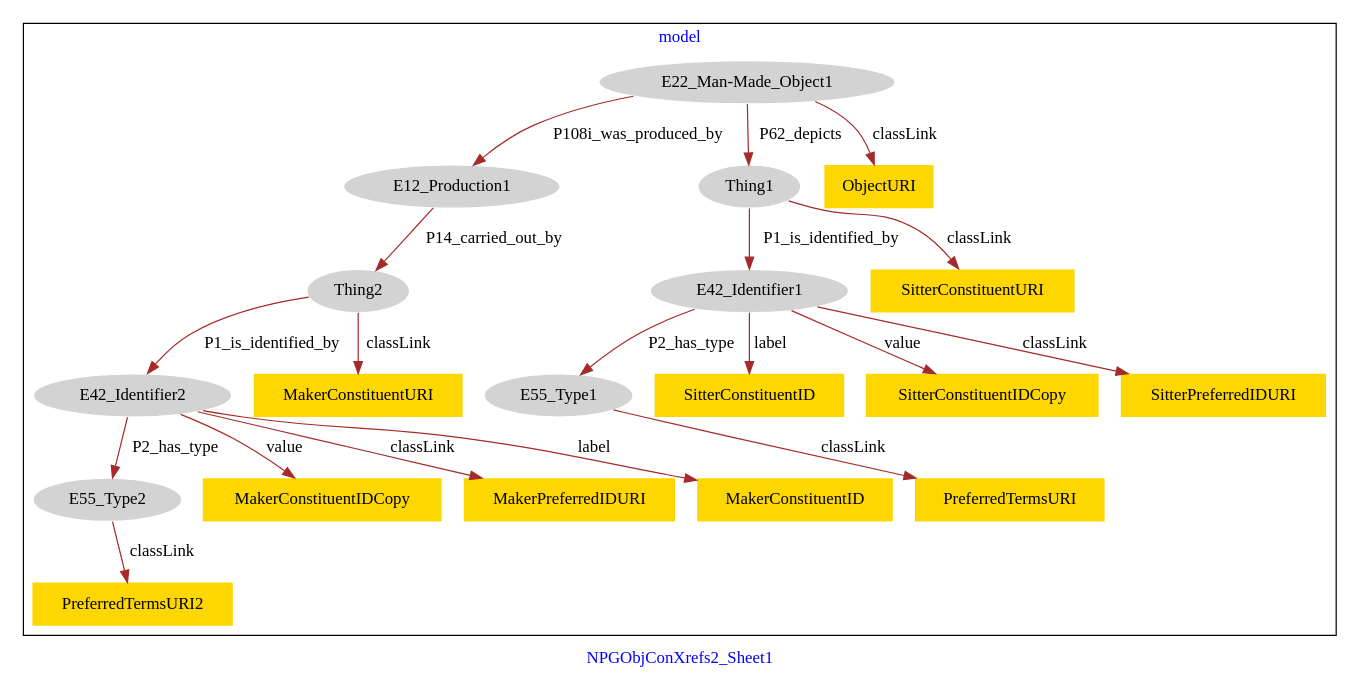
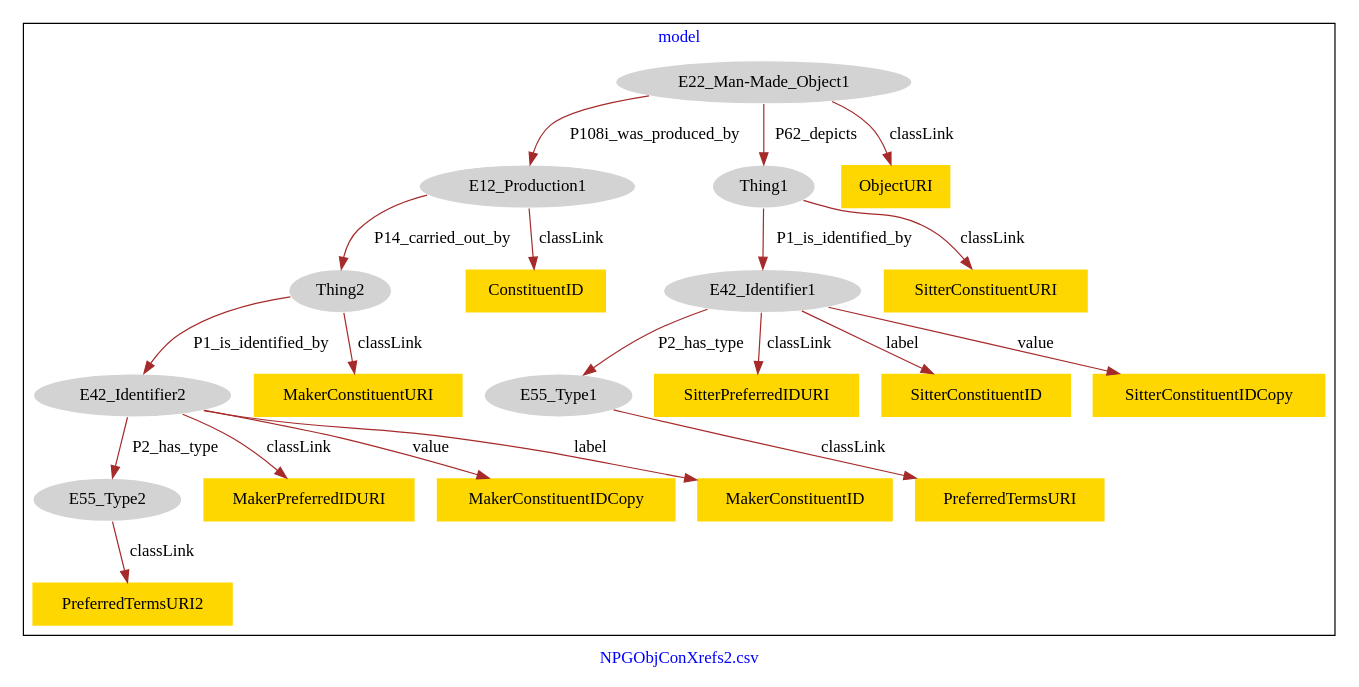
One commit to american-art/npg changed the diagram in NPGObjConXrefs/NPGObjConXrefs2-model.dot. Above: the diagram before and after it, drawn with Graphviz.

Commit message:
Update file NPGObjConXrefs2-model.dot

```diff
--- a/NPGObjConXrefs/NPGObjConXrefs2-model.dot
+++ b/NPGObjConXrefs/NPGObjConXrefs2-model.dot
@@ -1,45 +1,47 @@
 digraph n0 {
 fontcolor="blue"
 remincross="true"
-label="NPGObjConXrefs2_Sheet1"
+label="NPGObjConXrefs2.csv"
 subgraph cluster {
 label="model"
 n2[style="filled",color="white",fillcolor="lightgray",label="E12_Production1"];
 n3[style="filled",color="white",fillcolor="lightgray",label="Thing2"];
 n4[style="filled",color="white",fillcolor="lightgray",label="E22_Man-Made_Object1"];
 n5[style="filled",color="white",fillcolor="lightgray",label="Thing1"];
 n6[style="filled",color="white",fillcolor="lightgray",label="E42_Identifier1"];
 n7[style="filled",color="white",fillcolor="lightgray",label="E55_Type1"];
 n8[style="filled",color="white",fillcolor="lightgray",label="E42_Identifier2"];
 n9[style="filled",color="white",fillcolor="lightgray",label="E55_Type2"];
-n10[shape="plaintext",style="filled",fillcolor="gold",label="MakerConstituentIDCopy"];
-n11[shape="plaintext",style="filled",fillcolor="gold",label="PreferredTermsURI"];
-n12[shape="plaintext",style="filled",fillcolor="gold",label="SitterConstituentID"];
-n13[shape="plaintext",style="filled",fillcolor="gold",label="MakerConstituentURI"];
-n14[shape="plaintext",style="filled",fillcolor="gold",label="MakerPreferredIDURI"];
-n15[shape="plaintext",style="filled",fillcolor="gold",label="ObjectURI"];
-n16[shape="plaintext",style="filled",fillcolor="gold",label="SitterConstituentIDCopy"];
-n17[shape="plaintext",style="filled",fillcolor="gold",label="MakerConstituentID"];
-n18[shape="plaintext",style="filled",fillcolor="gold",label="PreferredTermsURI2"];
-n19[shape="plaintext",style="filled",fillcolor="gold",label="SitterConstituentURI"];
-n20[shape="plaintext",style="filled",fillcolor="gold",label="SitterPreferredIDURI"];
+n10[shape="plaintext",style="filled",fillcolor="gold",label="PreferredTermsURI2"];
+n11[shape="plaintext",style="filled",fillcolor="gold",label="MakerConstituentURI"];
+n12[shape="plaintext",style="filled",fillcolor="gold",label="PreferredTermsURI"];
+n13[shape="plaintext",style="filled",fillcolor="gold",label="ObjectURI"];
+n14[shape="plaintext",style="filled",fillcolor="gold",label="SitterConstituentURI"];
+n15[shape="plaintext",style="filled",fillcolor="gold",label="MakerPreferredIDURI"];
+n16[shape="plaintext",style="filled",fillcolor="gold",label="SitterPreferredIDURI"];
+n17[shape="plaintext",style="filled",fillcolor="gold",label="SitterConstituentID"];
+n18[shape="plaintext",style="filled",fillcolor="gold",label="MakerConstituentIDCopy"];
+n19[shape="plaintext",style="filled",fillcolor="gold",label="SitterConstituentIDCopy"];
+n20[shape="plaintext",style="filled",fillcolor="gold",label="ConstituentID"];
+n21[shape="plaintext",style="filled",fillcolor="gold",label="MakerConstituentID"];
 }
 n2 -> n3[color="brown",fontcolor="black",label="P14_carried_out_by"]
 n4 -> n2[color="brown",fontcolor="black",label="P108i_was_produced_by"]
 n4 -> n5[color="brown",fontcolor="black",label="P62_depicts"]
 n6 -> n7[color="brown",fontcolor="black",label="P2_has_type"]
 n8 -> n9[color="brown",fontcolor="black",label="P2_has_type"]
 n5 -> n6[color="brown",fontcolor="black",label="P1_is_identified_by"]
 n3 -> n8[color="brown",fontcolor="black",label="P1_is_identified_by"]
-n8 -> n10[color="brown",fontcolor="black",label="value"]
-n7 -> n11[color="brown",fontcolor="black",label="classLink"]
-n6 -> n12[color="brown",fontcolor="black",label="label"]
-n3 -> n13[color="brown",fontcolor="black",label="classLink"]
-n8 -> n14[color="brown",fontcolor="black",label="classLink"]
-n4 -> n15[color="brown",fontcolor="black",label="classLink"]
-n6 -> n16[color="brown",fontcolor="black",label="value"]
-n8 -> n17[color="brown",fontcolor="black",label="label"]
-n9 -> n18[color="brown",fontcolor="black",label="classLink"]
-n5 -> n19[color="brown",fontcolor="black",label="classLink"]
-n6 -> n20[color="brown",fontcolor="black",label="classLink"]
+n9 -> n10[color="brown",fontcolor="black",label="classLink"]
+n3 -> n11[color="brown",fontcolor="black",label="classLink"]
+n7 -> n12[color="brown",fontcolor="black",label="classLink"]
+n4 -> n13[color="brown",fontcolor="black",label="classLink"]
+n5 -> n14[color="brown",fontcolor="black",label="classLink"]
+n8 -> n15[color="brown",fontcolor="black",label="classLink"]
+n6 -> n16[color="brown",fontcolor="black",label="classLink"]
+n6 -> n17[color="brown",fontcolor="black",label="label"]
+n8 -> n18[color="brown",fontcolor="black",label="value"]
+n6 -> n19[color="brown",fontcolor="black",label="value"]
+n2 -> n20[color="brown",fontcolor="black",label="classLink"]
+n8 -> n21[color="brown",fontcolor="black",label="label"]
 }
```
